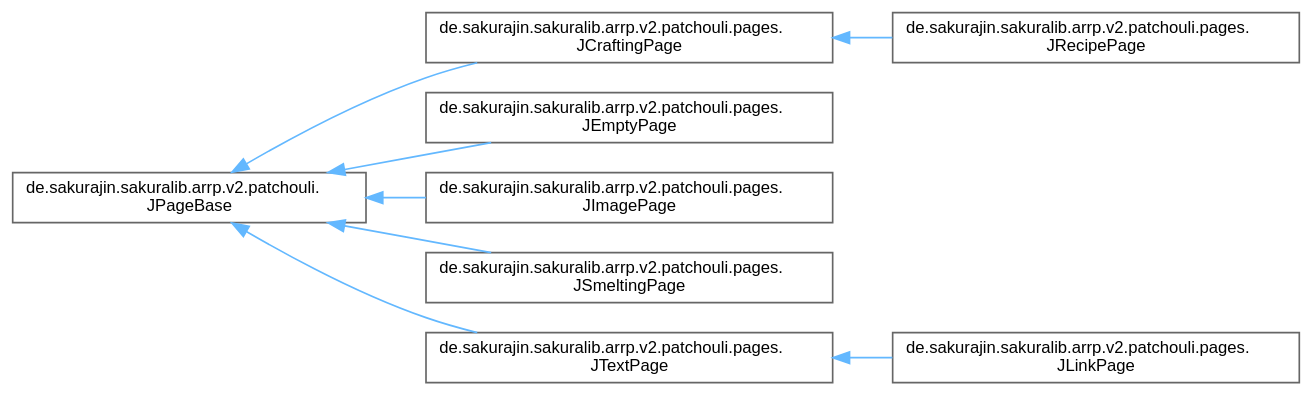
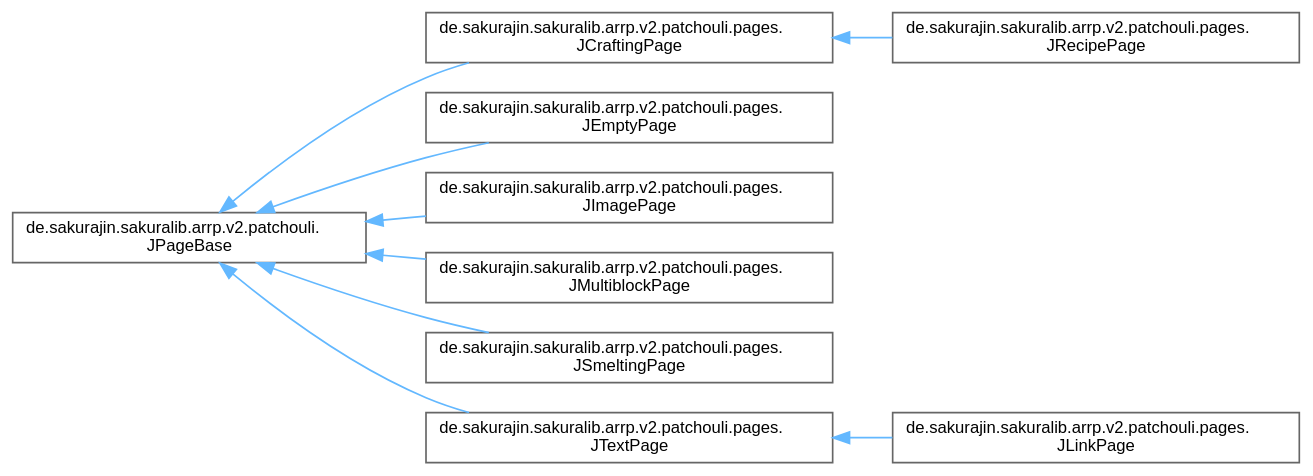
Before and after one commit to noah1510/sakura-lib: the diagram in inherit_graph_6.dot, drawn with Graphviz. The commit also changed 187 other files, not shown here.

```diff
--- a/inherit_graph_6.dot
+++ b/inherit_graph_6.dot
@@ -1,23 +1,25 @@
 digraph "Graphical Class Hierarchy"
 {
  // LATEX_PDF_SIZE
   bgcolor="transparent";
   edge [fontname=Helvetica,fontsize=10,labelfontname=Helvetica,labelfontsize=10];
   node [fontname=Helvetica,fontsize=10,shape=box,height=0.2,width=0.4];
   rankdir="LR";
   Node0 [label="de.sakurajin.sakuralib.arrp.v2.patchouli.\lJPageBase",height=0.2,width=0.4,color="grey40", fillcolor="white", style="filled",URL="$classde_1_1sakurajin_1_1sakuralib_1_1arrp_1_1v2_1_1patchouli_1_1JPageBase.html",tooltip="Base class for all pages This only contains the basic data common across all page types."];
   Node0 -> Node1 [dir="back",color="steelblue1",style="solid"];
   Node1 [label="de.sakurajin.sakuralib.arrp.v2.patchouli.pages.\lJCraftingPage",height=0.2,width=0.4,color="grey40", fillcolor="white", style="filled",URL="$classde_1_1sakurajin_1_1sakuralib_1_1arrp_1_1v2_1_1patchouli_1_1pages_1_1JCraftingPage.html",tooltip="A page containing 1 or 2 crafting recipes."];
   Node1 -> Node2 [dir="back",color="steelblue1",style="solid"];
   Node2 [label="de.sakurajin.sakuralib.arrp.v2.patchouli.pages.\lJRecipePage",height=0.2,width=0.4,color="grey40", fillcolor="white", style="filled",URL="$classde_1_1sakurajin_1_1sakuralib_1_1arrp_1_1v2_1_1patchouli_1_1pages_1_1JRecipePage.html",tooltip="A page containing 1 or 2 recipes."];
   Node0 -> Node3 [dir="back",color="steelblue1",style="solid"];
   Node3 [label="de.sakurajin.sakuralib.arrp.v2.patchouli.pages.\lJEmptyPage",height=0.2,width=0.4,color="grey40", fillcolor="white", style="filled",URL="$classde_1_1sakurajin_1_1sakuralib_1_1arrp_1_1v2_1_1patchouli_1_1pages_1_1JEmptyPage.html",tooltip=" "];
   Node0 -> Node4 [dir="back",color="steelblue1",style="solid"];
   Node4 [label="de.sakurajin.sakuralib.arrp.v2.patchouli.pages.\lJImagePage",height=0.2,width=0.4,color="grey40", fillcolor="white", style="filled",URL="$classde_1_1sakurajin_1_1sakuralib_1_1arrp_1_1v2_1_1patchouli_1_1pages_1_1JImagePage.html",tooltip="A page containing images."];
   Node0 -> Node5 [dir="back",color="steelblue1",style="solid"];
-  Node5 [label="de.sakurajin.sakuralib.arrp.v2.patchouli.pages.\lJSmeltingPage",height=0.2,width=0.4,color="grey40", fillcolor="white", style="filled",URL="$classde_1_1sakurajin_1_1sakuralib_1_1arrp_1_1v2_1_1patchouli_1_1pages_1_1JSmeltingPage.html",tooltip="A page containing 1 or 2 smelting recipes."];
+  Node5 [label="de.sakurajin.sakuralib.arrp.v2.patchouli.pages.\lJMultiblockPage",height=0.2,width=0.4,color="grey40", fillcolor="white", style="filled",URL="$classde_1_1sakurajin_1_1sakuralib_1_1arrp_1_1v2_1_1patchouli_1_1pages_1_1JMultiblockPage.html",tooltip="A page to display a multiblock structure."];
   Node0 -> Node6 [dir="back",color="steelblue1",style="solid"];
-  Node6 [label="de.sakurajin.sakuralib.arrp.v2.patchouli.pages.\lJTextPage",height=0.2,width=0.4,color="grey40", fillcolor="white", style="filled",URL="$classde_1_1sakurajin_1_1sakuralib_1_1arrp_1_1v2_1_1patchouli_1_1pages_1_1JTextPage.html",tooltip="A page containing only text."];
-  Node6 -> Node7 [dir="back",color="steelblue1",style="solid"];
-  Node7 [label="de.sakurajin.sakuralib.arrp.v2.patchouli.pages.\lJLinkPage",height=0.2,width=0.4,color="grey40", fillcolor="white", style="filled",URL="$classde_1_1sakurajin_1_1sakuralib_1_1arrp_1_1v2_1_1patchouli_1_1pages_1_1JLinkPage.html",tooltip="A page containing a link."];
+  Node6 [label="de.sakurajin.sakuralib.arrp.v2.patchouli.pages.\lJSmeltingPage",height=0.2,width=0.4,color="grey40", fillcolor="white", style="filled",URL="$classde_1_1sakurajin_1_1sakuralib_1_1arrp_1_1v2_1_1patchouli_1_1pages_1_1JSmeltingPage.html",tooltip="A page containing 1 or 2 smelting recipes."];
+  Node0 -> Node7 [dir="back",color="steelblue1",style="solid"];
+  Node7 [label="de.sakurajin.sakuralib.arrp.v2.patchouli.pages.\lJTextPage",height=0.2,width=0.4,color="grey40", fillcolor="white", style="filled",URL="$classde_1_1sakurajin_1_1sakuralib_1_1arrp_1_1v2_1_1patchouli_1_1pages_1_1JTextPage.html",tooltip="A page containing only text."];
+  Node7 -> Node8 [dir="back",color="steelblue1",style="solid"];
+  Node8 [label="de.sakurajin.sakuralib.arrp.v2.patchouli.pages.\lJLinkPage",height=0.2,width=0.4,color="grey40", fillcolor="white", style="filled",URL="$classde_1_1sakurajin_1_1sakuralib_1_1arrp_1_1v2_1_1patchouli_1_1pages_1_1JLinkPage.html",tooltip="A page containing a link."];
 }
```
